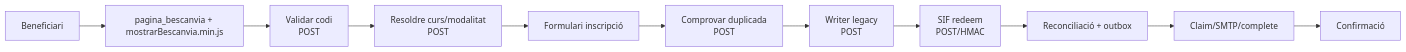
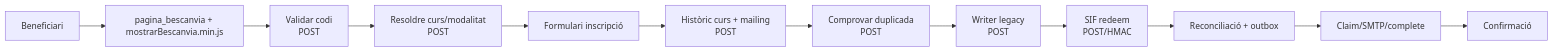
The first of 5 diagrams in documentacio/07-uml-integrat/uc-018-bescanviar-regal.md (orgmeriemprismacat-del/verifactu), drawn with Mermaid before and after one commit. The commit also changed other lines of this file, not shown here.

Commit message:
docs(UC-018): actualitzar fitxa UML integrada amb flux real

````diff
--- a/documentacio/07-uml-integrat/uc-018-bescanviar-regal.md
+++ b/documentacio/07-uml-integrat/uc-018-bescanviar-regal.md
@@ -65,13 +67,14 @@
 ```mermaid
 flowchart LR
   B["Beneficiari"] --> UI["pagina_bescanvia + mostrarBescanvia.min.js"]
   UI --> V["Validar codi<br/>POST"]
   V --> C["Resoldre curs/modalitat<br/>POST"]
   C --> F["Formulari inscripció"]
-  F --> D["Comprovar duplicada<br/>POST"]
+  F --> H["Històric curs + mailing<br/>POST"]
+  H --> D["Comprovar duplicada<br/>POST"]
   D --> W["Writer legacy<br/>POST"]
   W --> SIF["SIF redeem<br/>POST/HMAC"]
   SIF --> R["Reconciliació + outbox"]
   R --> M["Claim/SMTP/complete"]
   M --> OK["Confirmació"]
 ```
````
